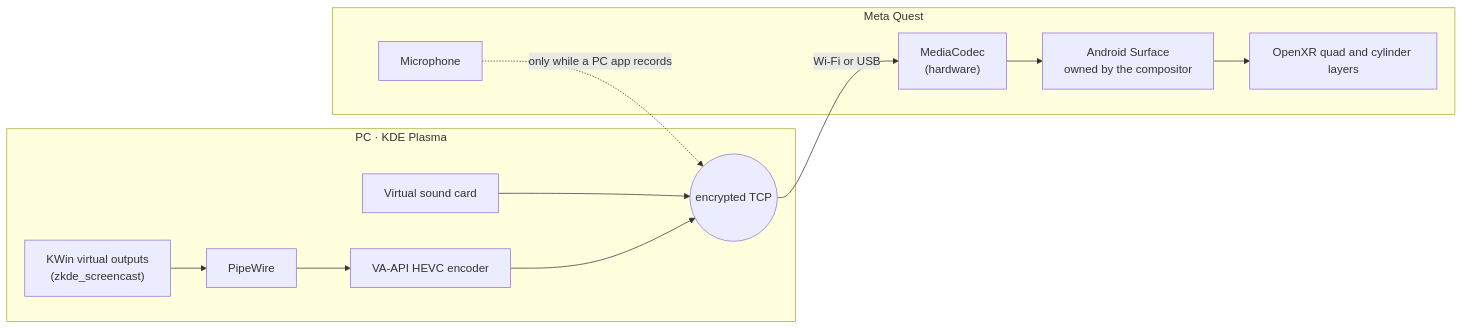
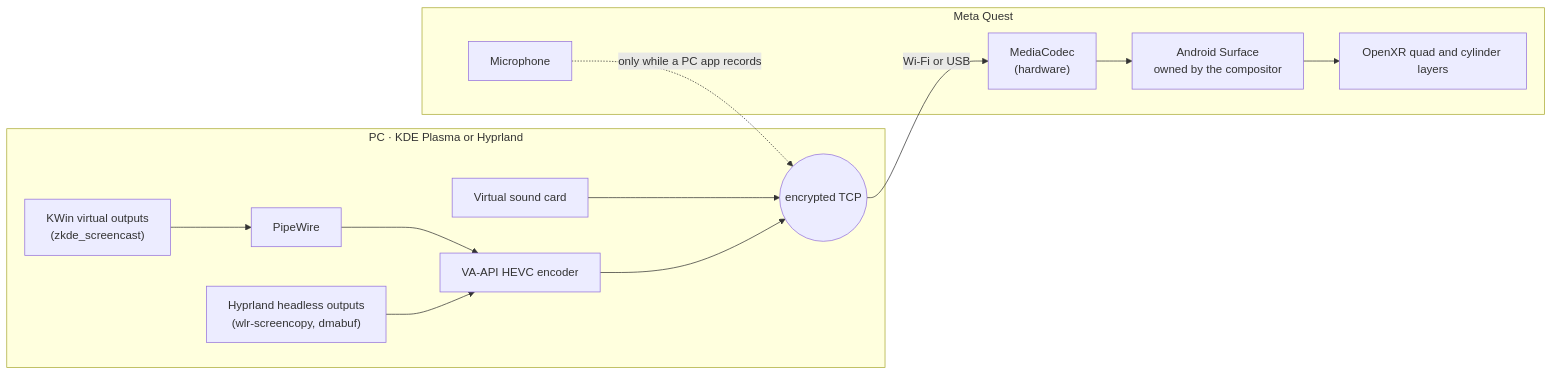
The diagram in README.md (OlexiyOdarchuk/prostir), drawn with Mermaid before and after one commit. The commit also changed other lines of this file and 15 other files, not shown here.

````diff
--- a/README.md
+++ b/README.md
@@ -287,13 +299,14 @@
 ```mermaid
 flowchart LR
-  subgraph PC["PC · KDE Plasma"]
+  subgraph PC["PC · KDE Plasma or Hyprland"]
     KWin["KWin virtual outputs<br/>(zkde_screencast)"] --> PW[PipeWire] --> Enc["VA-API HEVC encoder"]
+    Hypr["Hyprland headless outputs<br/>(wlr-screencopy, dmabuf)"] --> Enc
     Snd["Virtual sound card"] --> Net
     Enc --> Net(("encrypted TCP"))
   end
   Net -- "Wi-Fi or USB" --> Dec
   subgraph Quest["Meta Quest"]
     Dec["MediaCodec<br/>(hardware)"] --> Surf["Android Surface<br/>owned by the compositor"] --> Layer["OpenXR quad and cylinder layers"]
     Mic["Microphone"] -. "only while a PC app records" .-> Net
   end
 ```
````
